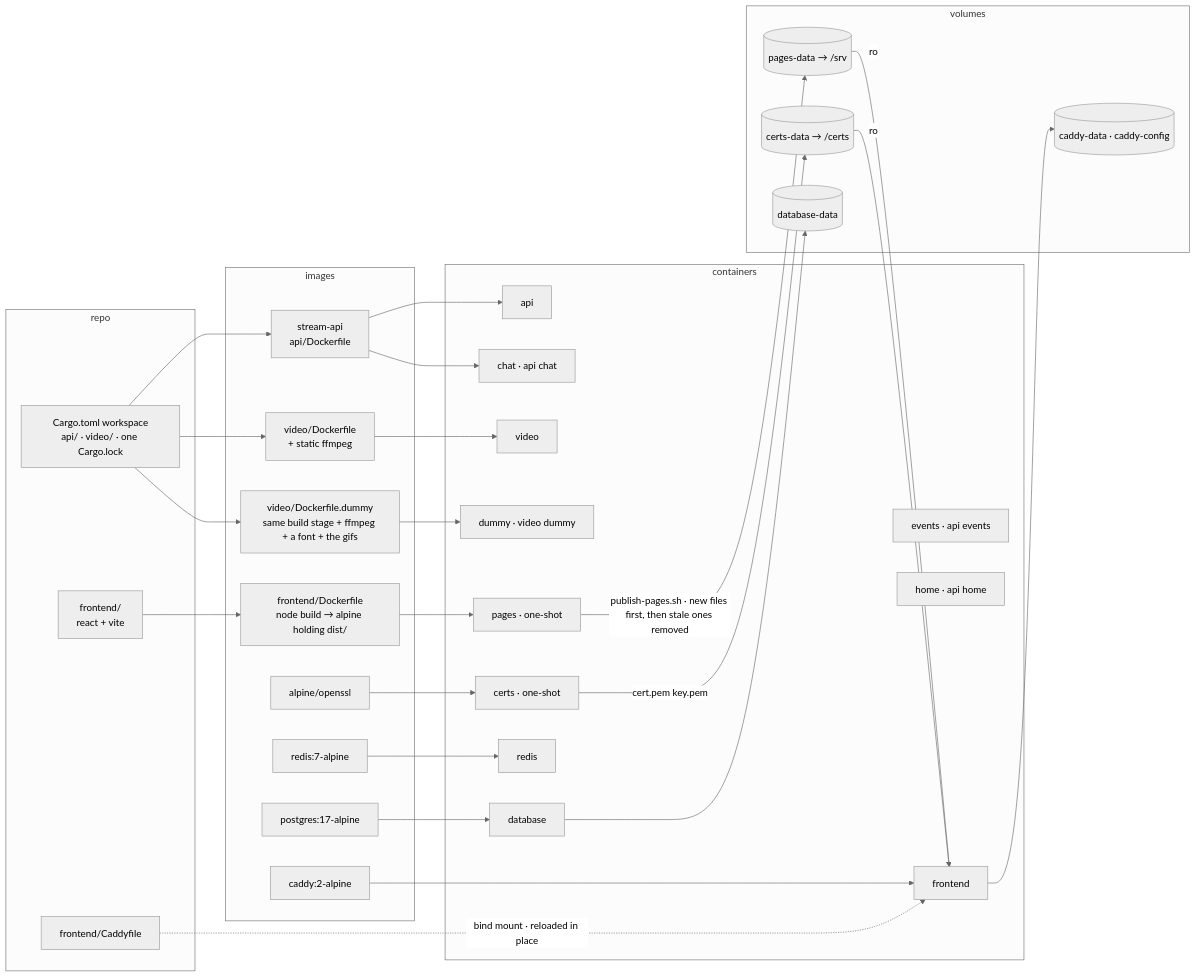
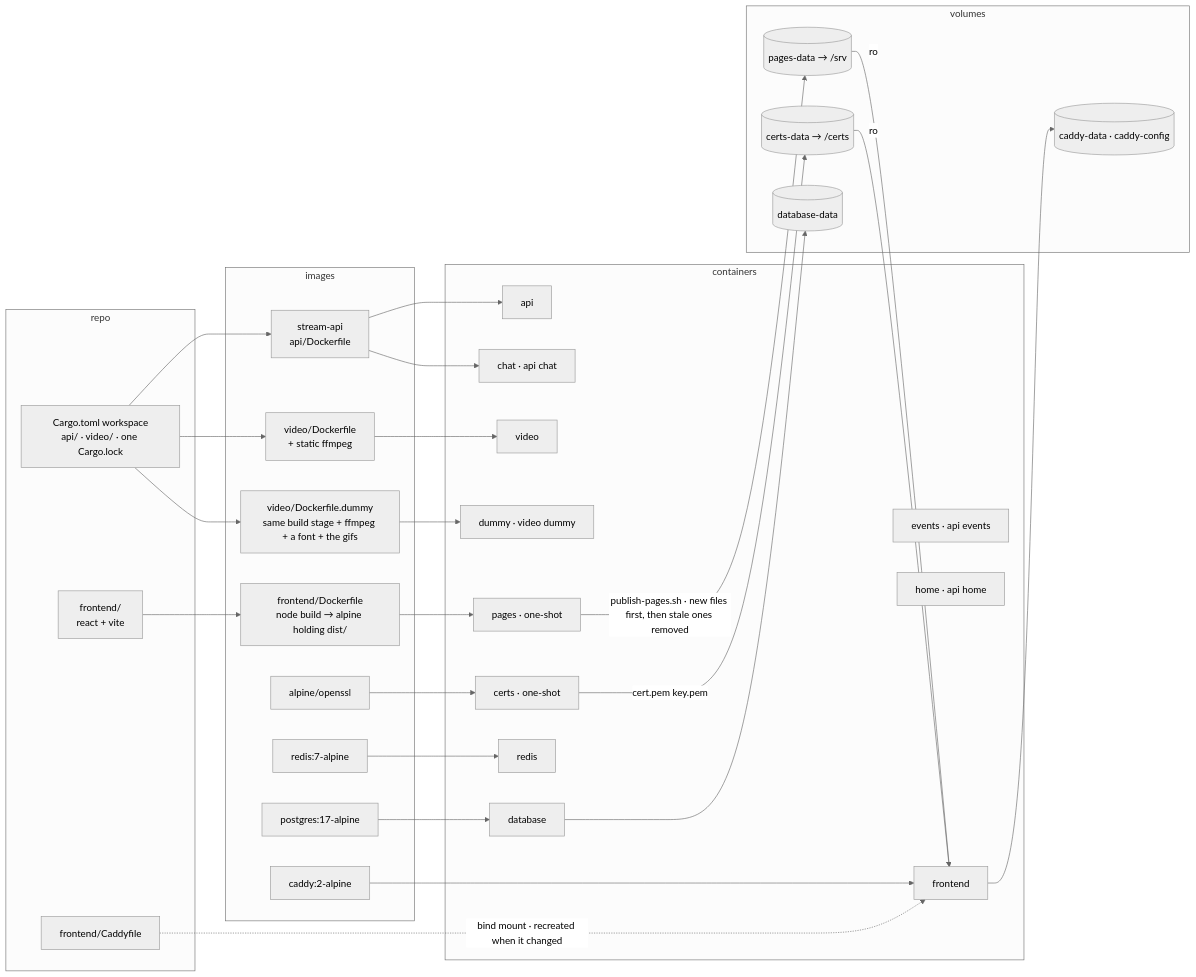
One commit to ZeroNerodaHero/slop-stream-architecture changed the seventh of 10 diagrams in docs/architecture-picture.md. Above: the diagram before and after it, drawn with Mermaid (neutral theme). The commit also changed other lines of this file and 2 other files, not shown here.

First line of the commit message:
deploy: recreate caddy when its bind-mounted Caddyfile went stale

````diff
--- a/docs/architecture-picture.md
+++ b/docs/architecture-picture.md
@@ -232,56 +232,56 @@
 ```mermaid
 flowchart LR
   subgraph src["repo"]
     cargo["Cargo.toml workspace<br/>api/ · video/ · one Cargo.lock"]
     fe["frontend/<br/>react + vite"]
     caddyfile["frontend/Caddyfile"]
   end
 
   subgraph images["images"]
     apiimg["stream-api<br/>api/Dockerfile"]
     videoimg["video/Dockerfile<br/>+ static ffmpeg"]
     dummyimg["video/Dockerfile.dummy<br/>same build stage + ffmpeg + a font + the gifs"]
     pagesimg["frontend/Dockerfile<br/>node build → alpine holding dist/"]
     caddyimg["caddy:2-alpine"]
     pgimg["postgres:17-alpine"]
     redisimg["redis:7-alpine"]
     osslimg["alpine/openssl"]
   end
 
   subgraph containers["containers"]
     api["api"]
     chat["chat · api chat"]
     events["events · api events"]
     home["home · api home"]
     video["video"]
     dummy["dummy · video dummy"]
     pages["pages · one-shot"]
     frontend["frontend"]
     database["database"]
     redis["redis"]
     certs["certs · one-shot"]
   end
 
   subgraph vols["volumes"]
     pagesdata[("pages-data → /srv")]
     certsdata[("certs-data → /certs")]
     dbdata[("database-data")]
     caddydata[("caddy-data · caddy-config")]
   end
 
   cargo --> apiimg --> api
   apiimg --> chat
   cargo --> videoimg --> video
   cargo --> dummyimg --> dummy
   fe --> pagesimg --> pages
   caddyimg --> frontend
   pgimg --> database
   redisimg --> redis
   osslimg --> certs
 
   pages -->|"publish-pages.sh · new files first, then stale ones removed"| pagesdata -->|"ro"| frontend
   certs -->|"cert.pem key.pem"| certsdata -->|"ro"| frontend
-  caddyfile -.->|"bind mount · reloaded in place"| frontend
+  caddyfile -.->|"bind mount · recreated when it changed"| frontend
   database --> dbdata
   frontend --> caddydata
 ```
````
